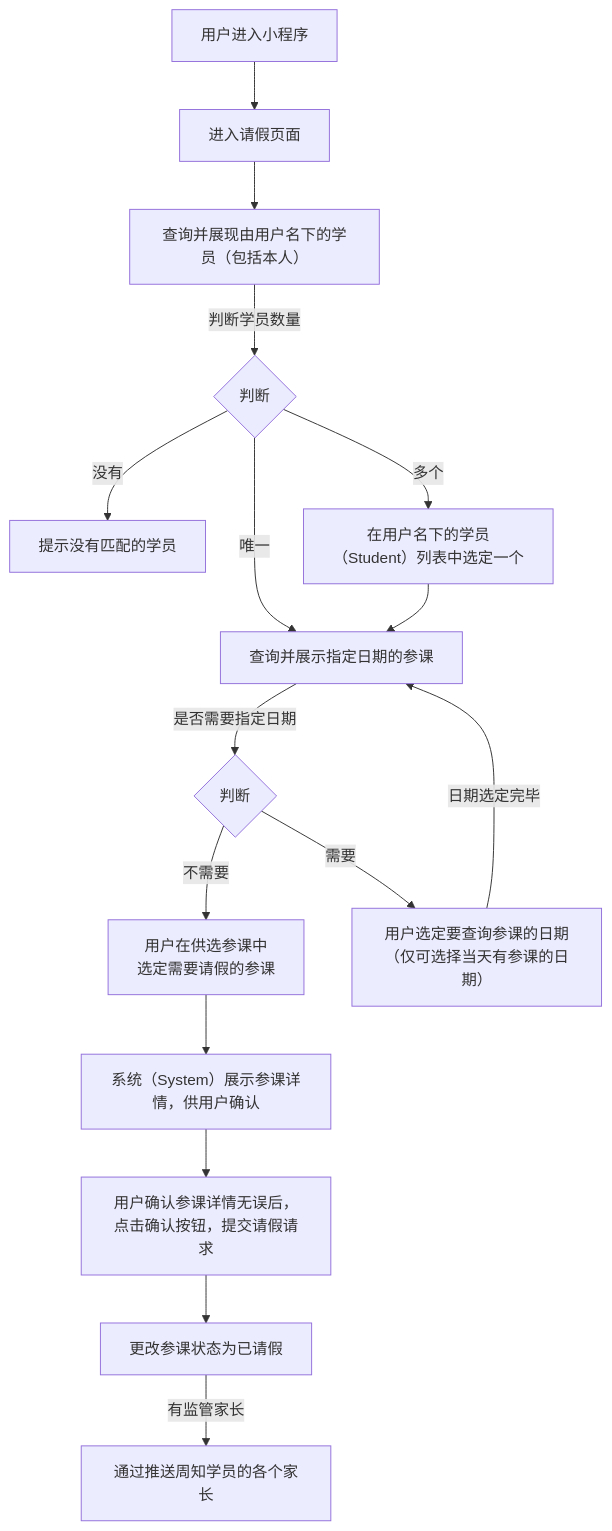
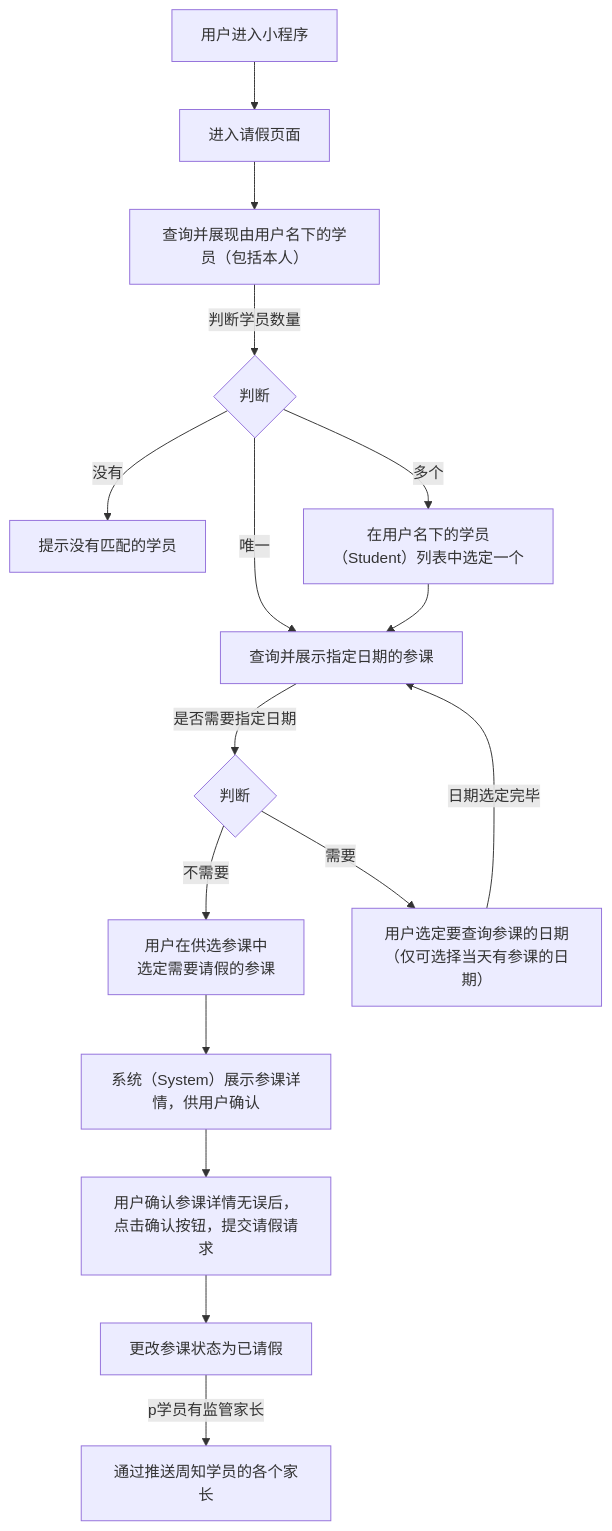
Before and after one commit to world-wide-web/sign: the diagram in 用例/请假.md, drawn with Mermaid. The commit also changed other lines of this file, not shown here.

Commit message:
用例/请假.md updated from https://stackedit.io/

````diff
--- a/用例/请假.md
+++ b/用例/请假.md
@@ -7,52 +7,52 @@
 ```mermaid
 graph TD
 
 进入小程序-->进入请假页面
 
 进入请假页面-->查询并展现由用户名下的学员
 
 查询并展现由用户名下的学员--判断学员数量-->判断学员数量
 
 判断学员数量--没有-->提示没有匹配的学员
 
 判断学员数量--唯一-->查询并展示指定日期的参课
 
 判断学员数量--多个-->选定学员
 
 选定学员-->查询并展示指定日期的参课
 
 查询并展示指定日期的参课--是否需要指定日期-->决定是否需要指定日期
 
 决定是否需要指定日期--不需要-->选定参课
 
 决定是否需要指定日期--需要-->选定日期
 
 选定日期--日期选定完毕-->查询并展示指定日期的参课
 
 选定参课-->展示参课详情
 
 展示参课详情-->提交请假请求
 
 提交请假请求-->更改参课状态为已请假
 
-更改参课状态为已请假--有监管家长-->通过推送周知学员的各个家长
+更改参课状态为已请假--p学员有监管家长-->通过推送周知学员的各个家长
 
 进入小程序["<center>用户进入小程序</center>"]
 
 查询并展现由用户名下的学员["<center>查询并展现由用户名下的学员（包括本人）</center>"]
 
 判断学员数量{"<center>判断</center>"}
 
 选定学员["<center>在用户名下的学员（Student）列表中选定一个</center>"]
 
 决定是否需要指定日期{"<center>判断</center>"}
 
 选定日期["<center>用户选定要查询参课的日期<br>（仅可选择当天有参课的日期）</center>"]
 
 选定参课["<center>用户在供选参课中<br>选定需要请假的参课</center>"]
 
 展示参课详情["<center>系统（System）展示参课详情，供用户确认</center>"]
 
 提交请假请求["<center>用户确认参课详情无误后，点击确认按钮，提交请假请求</center>"]
 
 ```
````
